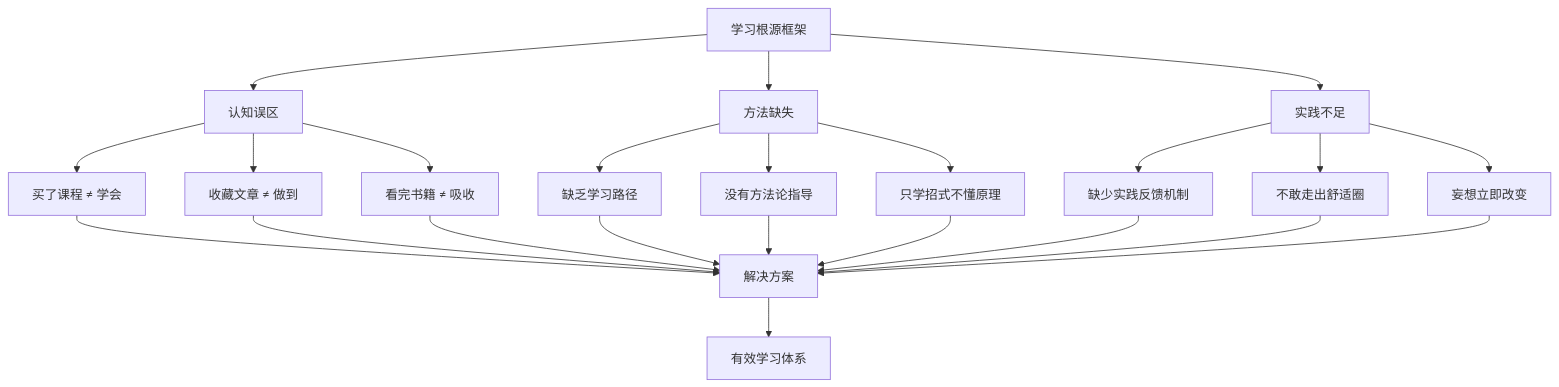
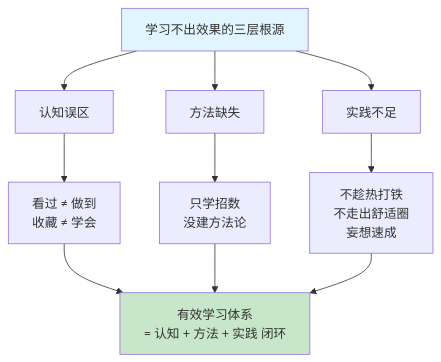
One commit to chongyang211/YCBookBlog changed the second of 2 diagrams in packages/website/13.书籍/04.自我精进·学习/02.认知觉醒/01.学习的七大原则.md. Above: the diagram before and after it, drawn with Mermaid. The commit also changed other lines of this file and 83 other files, not shown here.

````diff
--- a/packages/website/13.书籍/04.自我精进·学习/02.认知觉醒/01.学习的七大原则.md
+++ b/packages/website/13.书籍/04.自我精进·学习/02.认知觉醒/01.学习的七大原则.md
@@ -296,30 +147,14 @@
 ```mermaid
 graph TD
-    A[学习根源框架] --> B[认知误区]
+    A[学习不出效果的三层根源] --> B[认知误区]
     A --> C[方法缺失]
     A --> D[实践不足]
-    
-    B --> B1[买了课程 ≠ 学会]
-    B --> B2[收藏文章 ≠ 做到]
-    B --> B3[看完书籍 ≠ 吸收]
-    
-    C --> C1[缺乏学习路径]
-    C --> C2[没有方法论指导]
-    C --> C3[只学招式不懂原理]
-    
-    D --> D1[缺少实践反馈机制]
-    D --> D2[不敢走出舒适圈]
-    D --> D3[妄想立即改变]
-    
-    B1 --> E[解决方案]
-    B2 --> E
-    B3 --> E
+    B --> B1[看过 ≠ 做到<br/>收藏 ≠ 学会]
+    C --> C1[只学招数<br/>没建方法论]
+    D --> D1[不趁热打铁<br/>不走出舒适圈<br/>妄想速成]
+    B1 --> E[有效学习体系<br/>= 认知 + 方法 + 实践 闭环]
     C1 --> E
-    C2 --> E
-    C3 --> E
     D1 --> E
-    D2 --> E
-    D3 --> E
-    
-    E --> F[有效学习体系]
+    style A fill:#e1f5fe
+    style E fill:#c8e6c9
 ```
````
